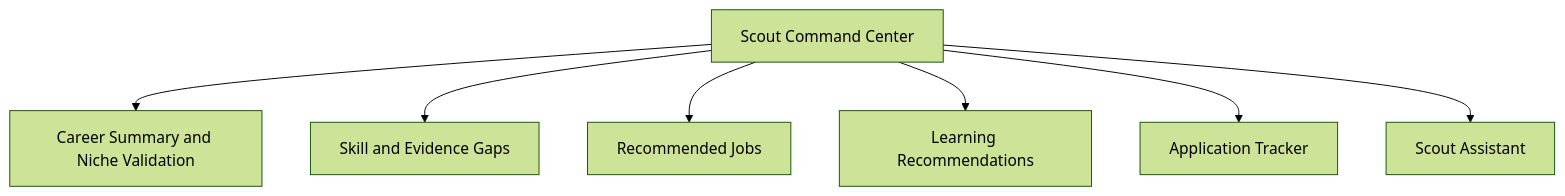
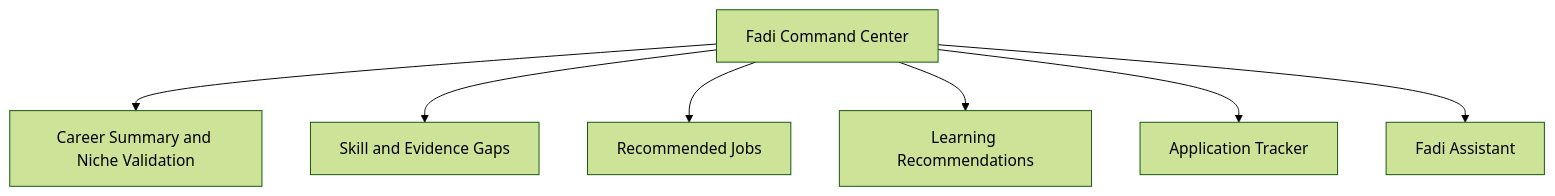
The second of 6 diagrams in docs/MVP_USER_JOURNEYS.md (Mirzzie/Fadi), drawn with Mermaid (forest theme) before and after one commit. The commit also changed other lines of this file and 158 other files, not shown here.

First line of the commit message:
refactor!: rename agent Scout→Fadi and brand CareerOS→FadiOS

````diff
--- a/docs/MVP_USER_JOURNEYS.md
+++ b/docs/MVP_USER_JOURNEYS.md
@@ -51,9 +51,9 @@
 ```mermaid
 flowchart TD
-    Dashboard[Scout Command Center] --> Summary[Career Summary and Niche Validation]
+    Dashboard[Fadi Command Center] --> Summary[Career Summary and Niche Validation]
     Dashboard --> Gaps[Skill and Evidence Gaps]
     Dashboard --> Jobs[Recommended Jobs]
     Dashboard --> Learning[Learning Recommendations]
     Dashboard --> Apps[Application Tracker]
-    Dashboard --> Assistant[Scout Assistant]
+    Dashboard --> Assistant[Fadi Assistant]
 ```
````
